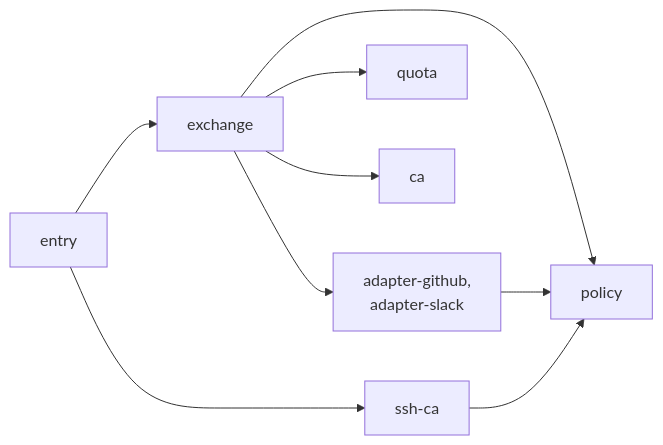
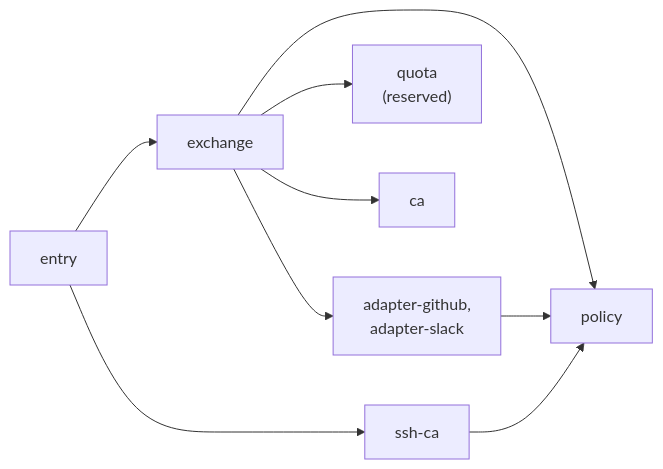
Before and after one commit to truvity/sluis: the fifth of 9 diagrams in docs/architecture/components.md, drawn with Mermaid. The commit also changed other lines of this file and 43 other files, not shown here.

````diff
--- a/docs/architecture/components.md
+++ b/docs/architecture/components.md
@@ -204,11 +203,11 @@
 ```mermaid
 flowchart LR
   entry["entry"] --> xchg["exchange"]
   entry --> ssh["ssh-ca"]
   xchg --> pol["policy"]
-  xchg --> q["quota"]
+  xchg --> q["quota<br/>(reserved)"]
   xchg --> ca["ca"]
   xchg --> ad["adapter-github,<br/>adapter-slack"]
   ssh --> pol
   ad --> pol
 ```
````
